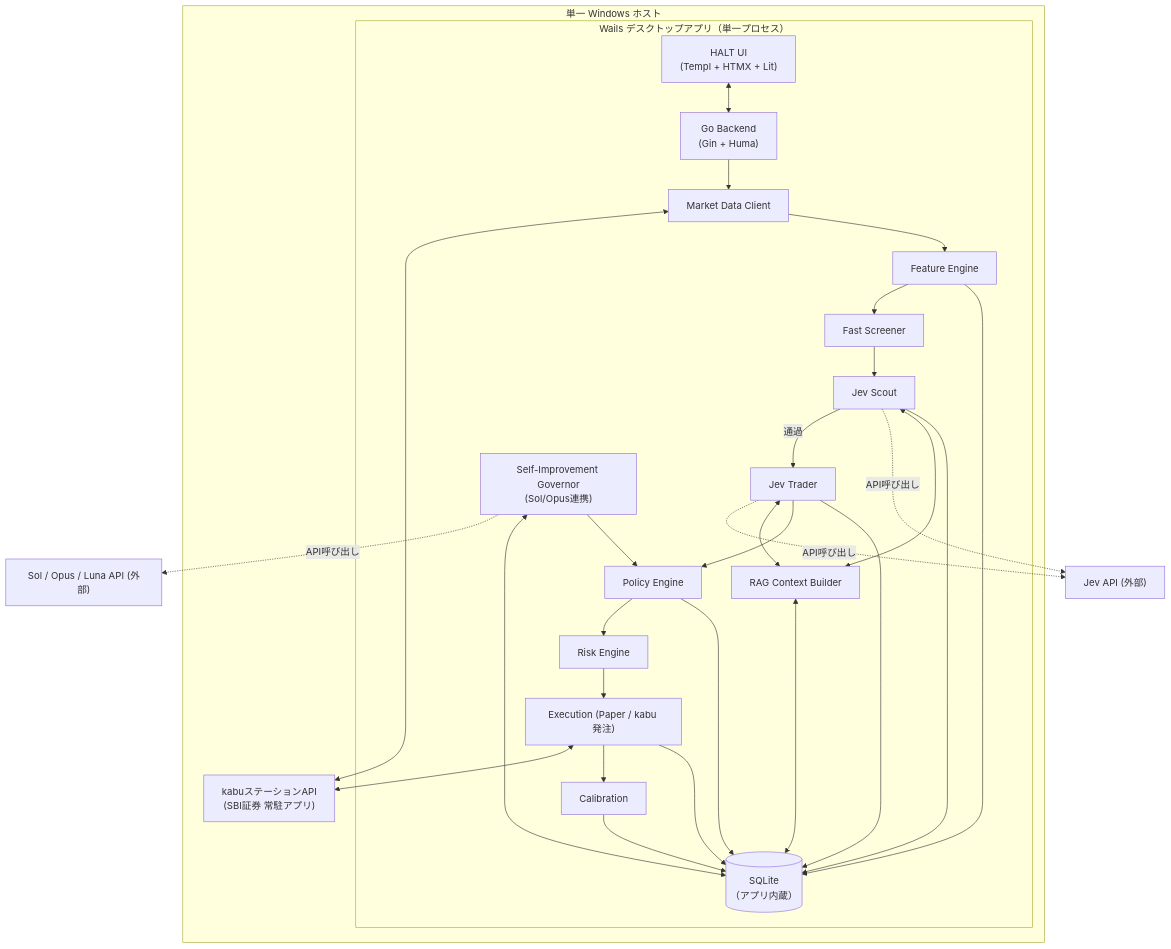
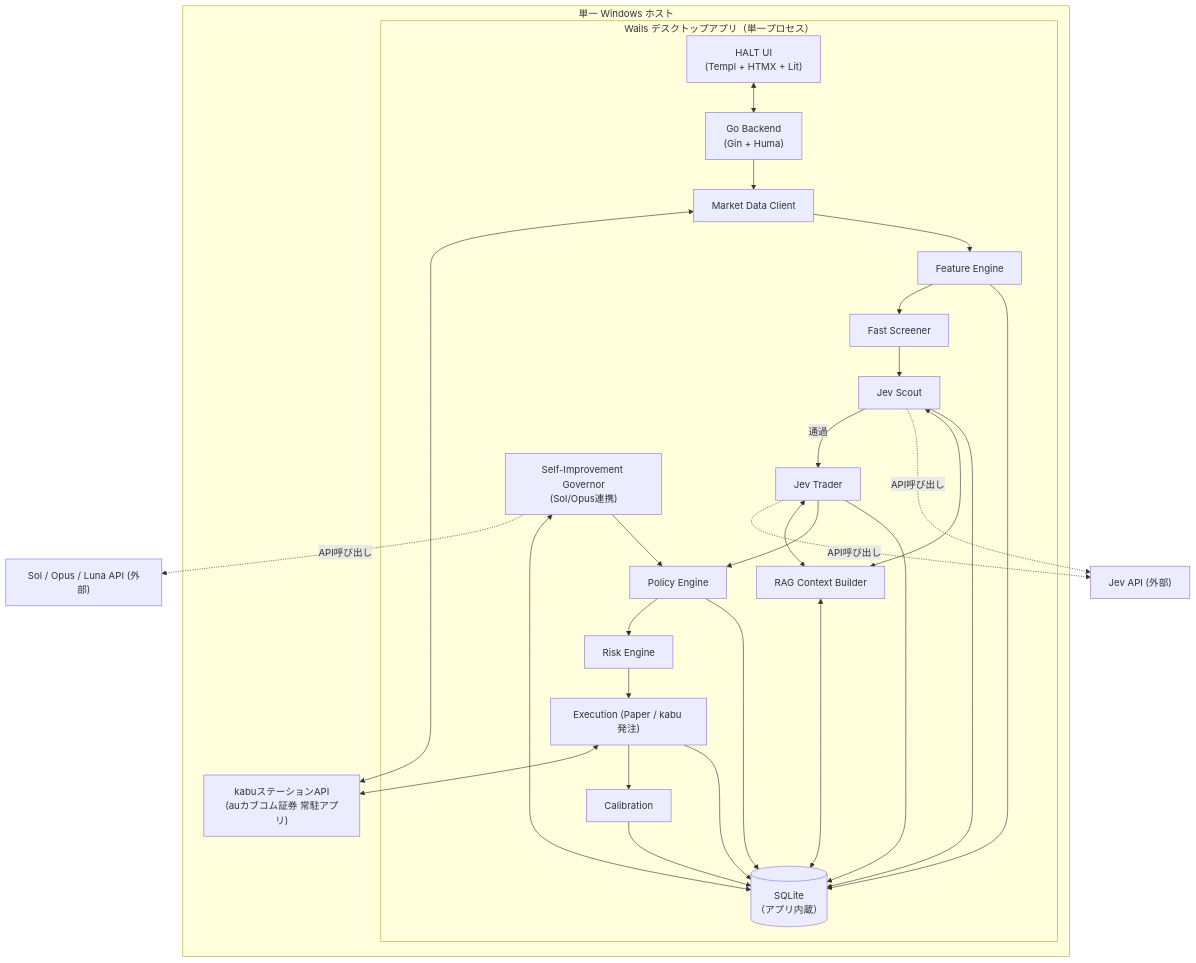
One commit to ousiassllc/pitha-trador changed the diagram in docs/overview.md. Above: the diagram before and after it, drawn with Mermaid. The commit also changed other lines of this file and 4 other files, not shown here.

````diff
--- a/docs/overview.md
+++ b/docs/overview.md
@@ -50,47 +50,47 @@
 ```mermaid
 graph TD
     subgraph Host["単一 Windows ホスト"]
         subgraph Wails["Wails デスクトップアプリ（単一プロセス）"]
             UI["HALT UI\n(Templ + HTMX + Lit)"]
             API["Go Backend\n(Gin + Huma)"]
             MD["Market Data Client"]
             FE["Feature Engine"]
             FS["Fast Screener"]
             JS["Jev Scout"]
             JT["Jev Trader"]
             PE["Policy Engine"]
             RE["Risk Engine"]
             EX["Execution (Paper / kabu 発注)"]
             CAL["Calibration"]
             RAG["RAG Context Builder"]
             SOL_GOV["Self-Improvement Governor\n(Sol/Opus連携)"]
             DB[("SQLite\n（アプリ内蔵）")]
         end
-        KABU["kabuステーションAPI\n(SBI証券 常駐アプリ)"]
+        KABU["kabuステーションAPI\n(auカブコム証券 常駐アプリ)"]
     end
     JEVAPI["Jev API (外部)"]
     SOLAPI["Sol / Opus / Luna API (外部)"]
 
     UI <--> API
     API --> MD
     MD <--> KABU
     MD --> FE --> FS --> JS
     JS -->|"通過"| JT
     JS -.->|"API呼び出し"| JEVAPI
     JT -.->|"API呼び出し"| JEVAPI
     JS <--> RAG
     JT <--> RAG
     RAG <--> DB
     SOL_GOV -.->|"API呼び出し"| SOLAPI
     SOL_GOV <--> DB
     SOL_GOV --> PE
     JT --> PE --> RE --> EX
     EX <--> KABU
     EX --> CAL
     CAL --> DB
     FE --> DB
     JS --> DB
     JT --> DB
     PE --> DB
     EX --> DB
 ```
````
